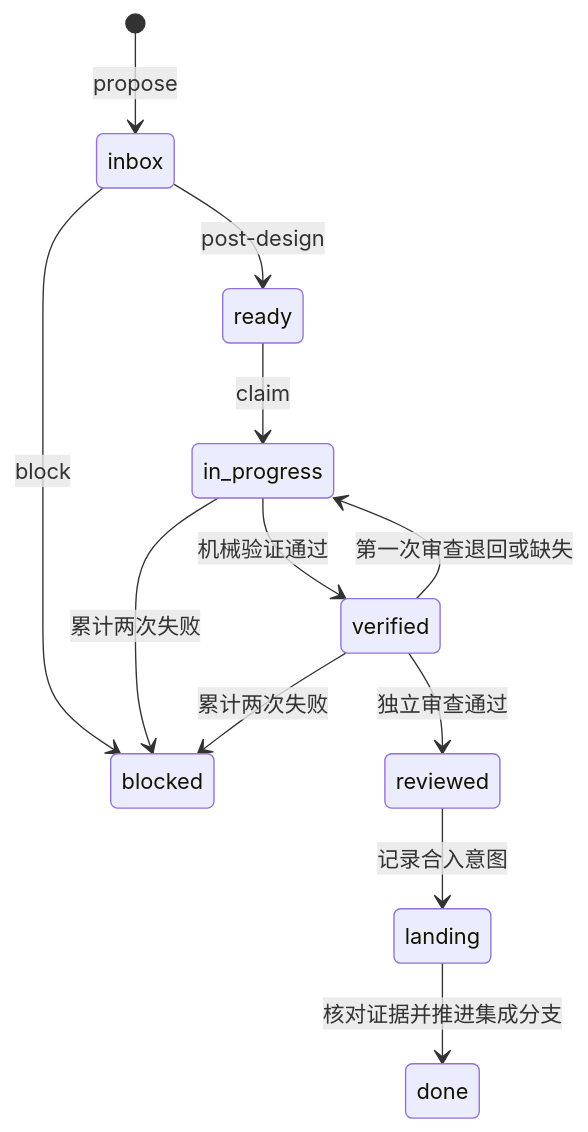
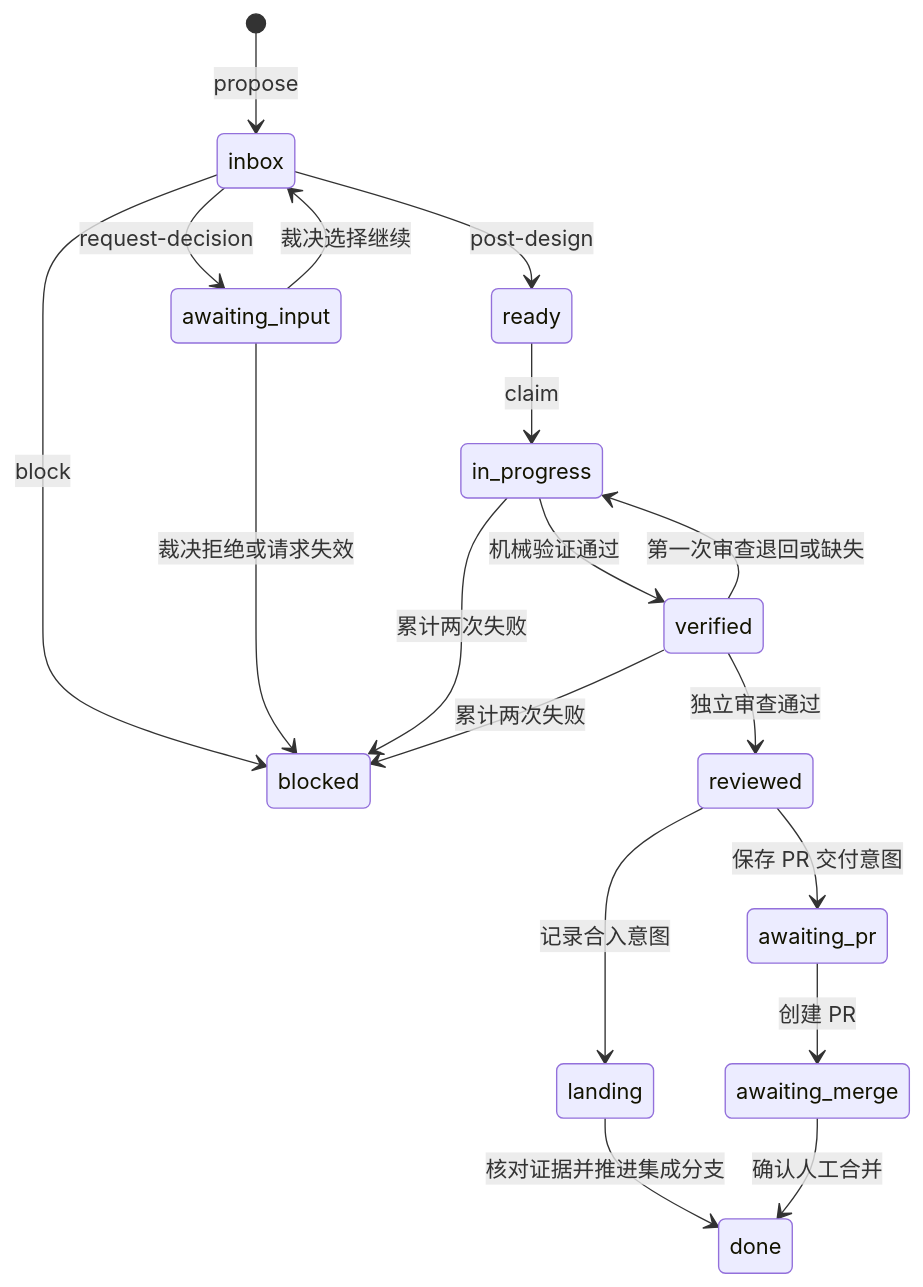
The diagram in .agents/skills/autonomous-loop/SKILL.md (alixeu/akzio-signal-intelligence), drawn with Mermaid before and after one commit. The commit also changed other lines of this file and 8 other files, not shown here.

````diff
--- a/.agents/skills/autonomous-loop/SKILL.md
+++ b/.agents/skills/autonomous-loop/SKILL.md
@@ -45,14 +45,20 @@
 ```mermaid
 stateDiagram-v2
     [*] --> inbox: propose
     inbox --> ready: post-design
     inbox --> blocked: block
+    inbox --> awaiting_input: request-decision
+    awaiting_input --> inbox: 裁决选择继续
+    awaiting_input --> blocked: 裁决拒绝或请求失效
     ready --> in_progress: claim
     in_progress --> verified: 机械验证通过
     verified --> reviewed: 独立审查通过
     verified --> in_progress: 第一次审查退回或缺失
     in_progress --> blocked: 累计两次失败
     verified --> blocked: 累计两次失败
     reviewed --> landing: 记录合入意图
     landing --> done: 核对证据并推进集成分支
+    reviewed --> awaiting_pr: 保存 PR 交付意图
+    awaiting_pr --> awaiting_merge: 创建 PR
+    awaiting_merge --> done: 确认人工合并
 ```
````
